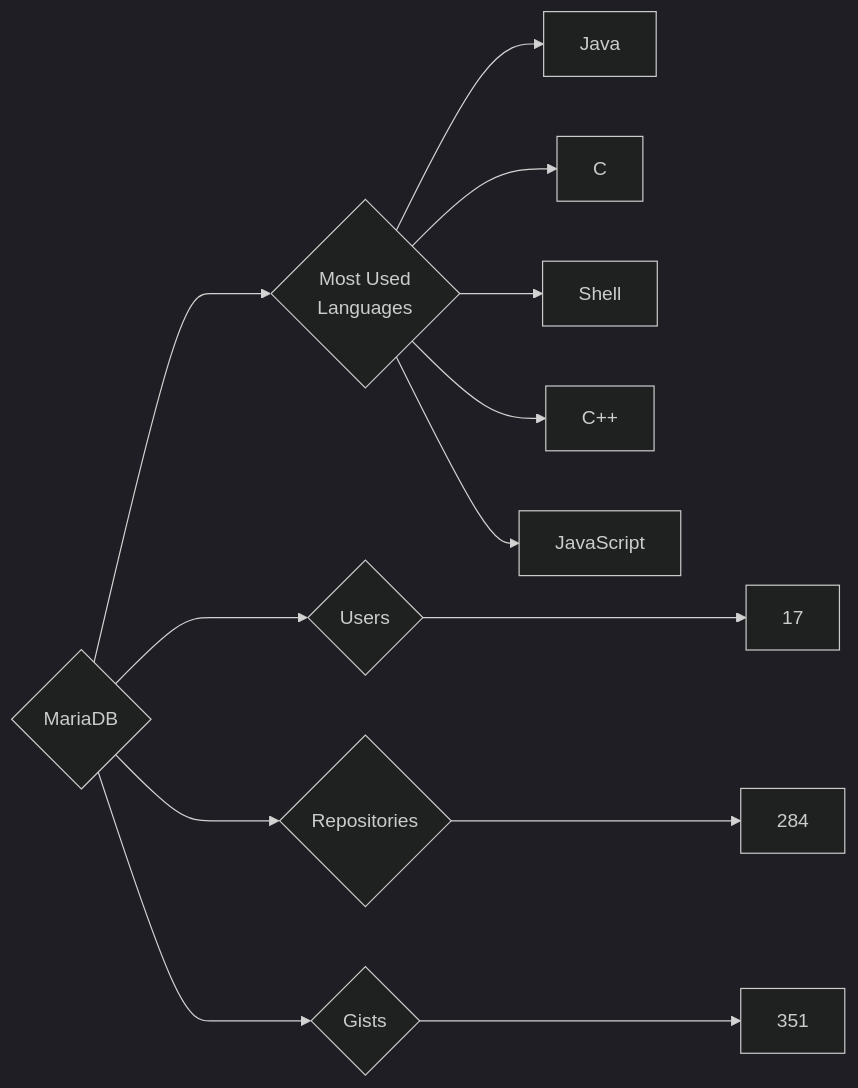
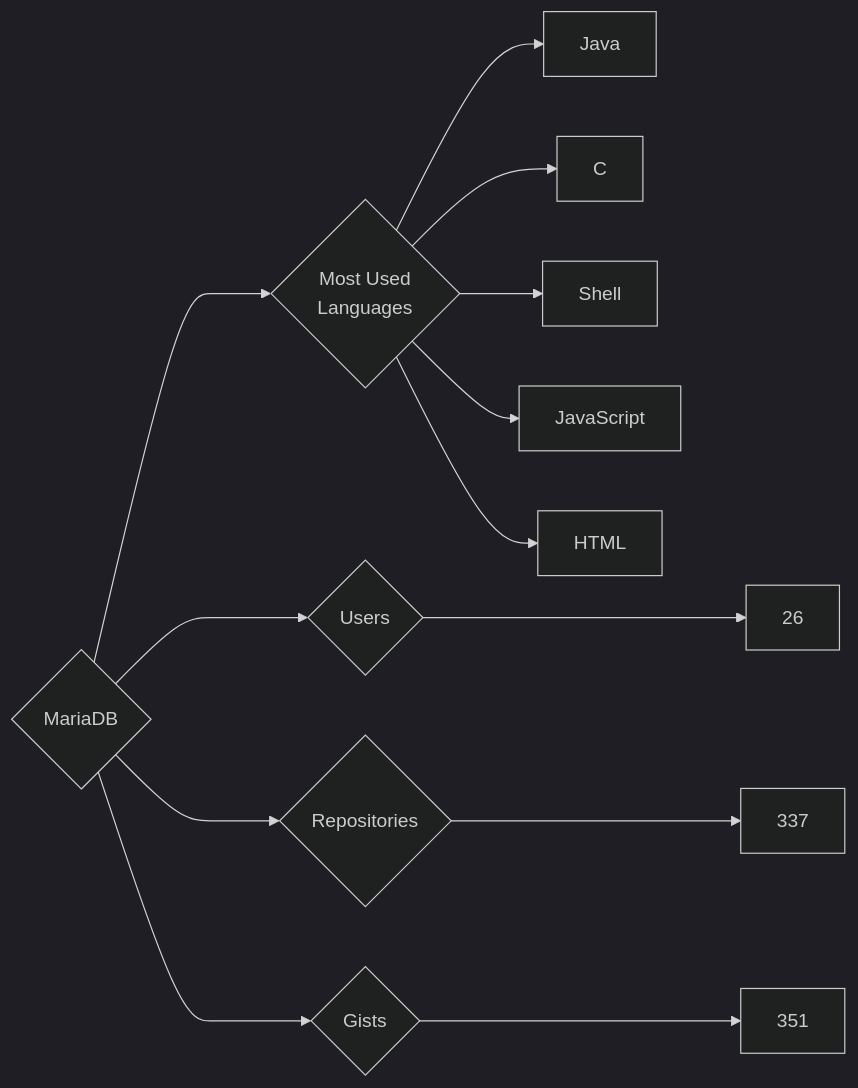
The diagram in targets/MariaDB/README.md (trickest/insiders), drawn with Mermaid (dark theme) before and after one commit. The commit also changed 935 other files, not shown here.

````diff
--- a/targets/MariaDB/README.md
+++ b/targets/MariaDB/README.md
@@ -3,13 +3,13 @@
 ```mermaid
 graph LR
 COMPANY_NAME{MariaDB}
-COMPANY_NAME ---> U{Users} ---> UN[17]
-COMPANY_NAME ---> R{Repositories} ---> RN[284]
+COMPANY_NAME ---> U{Users} ---> UN[26]
+COMPANY_NAME ---> R{Repositories} ---> RN[337]
 COMPANY_NAME ---> G{Gists} ---> GN[351]
 COMPANY_NAME ---> ML{Most Used<br>Languages}
 ML --> Java[Java]
 ML --> C[C]
 ML --> Shell[Shell]
-ML --> C++[C++]
 ML --> JavaScript[JavaScript]
+ML --> HTML[HTML]
 ```
````
